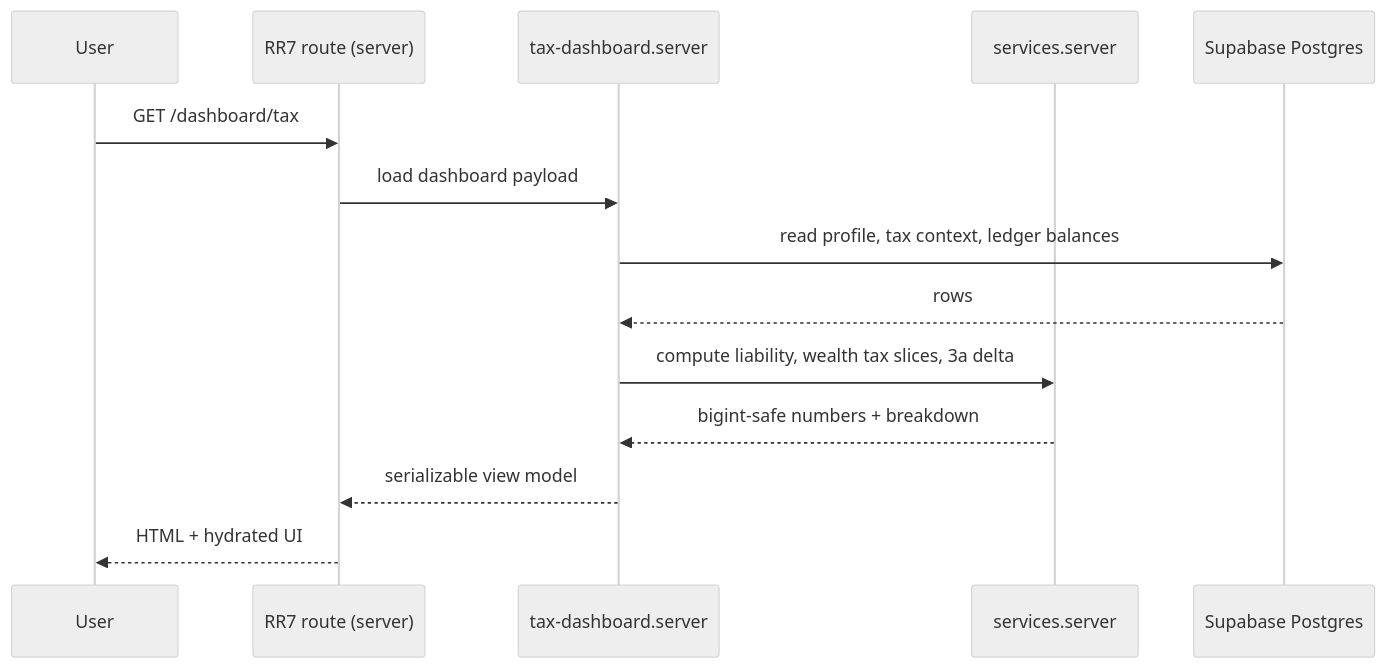
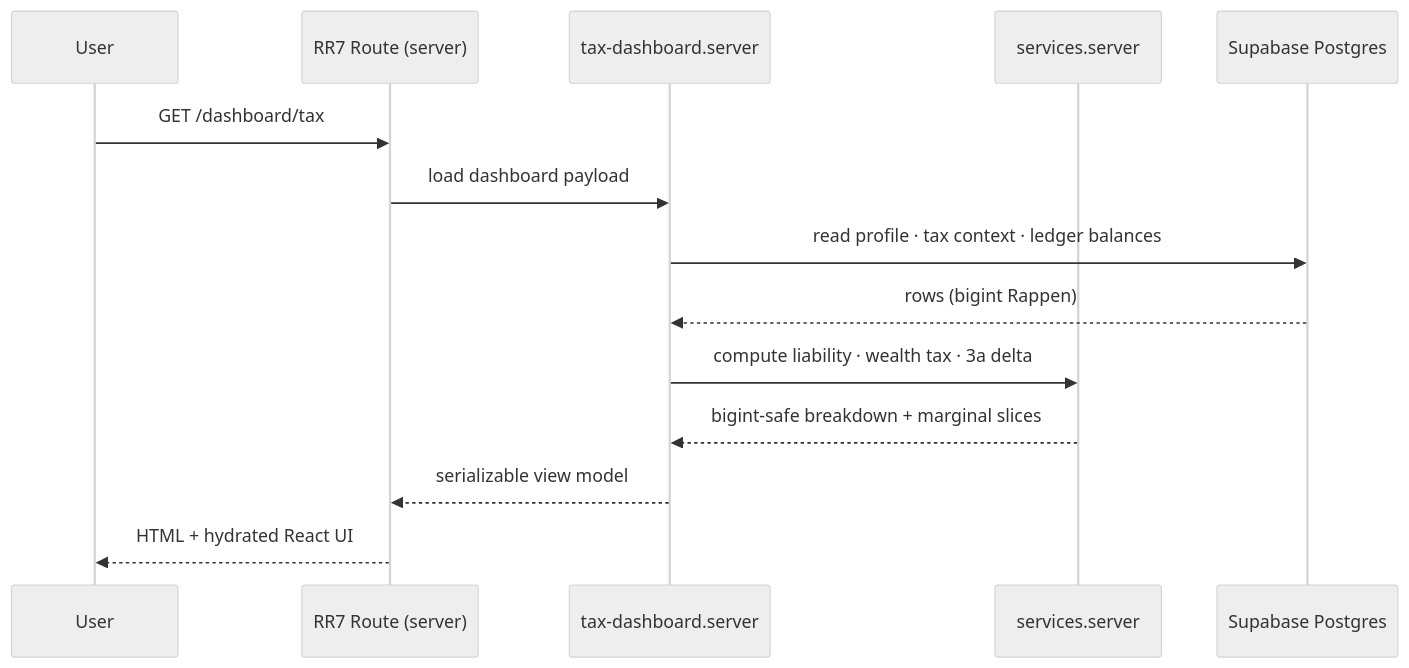
Before and after one commit to BitnooriLee/swiss_tax_guard: the second of 2 diagrams in README.md, drawn with Mermaid (neutral theme). The commit also changed other lines of this file and 1 other file, not shown here.

````diff
--- a/README.md
+++ b/README.md
@@ -93,17 +114,17 @@
 ```mermaid
 sequenceDiagram
   participant U as User
-  participant RR as RR7 route (server)
+  participant RR as RR7 Route (server)
   participant TD as tax-dashboard.server
   participant S as services.server
   participant DB as Supabase Postgres
 
   U->>RR: GET /dashboard/tax
   RR->>TD: load dashboard payload
-  TD->>DB: read profile, tax context, ledger balances
-  DB-->>TD: rows
-  TD->>S: compute liability, wealth tax slices, 3a delta
-  S-->>TD: bigint-safe numbers + breakdown
+  TD->>DB: read profile · tax context · ledger balances
+  DB-->>TD: rows (bigint Rappen)
+  TD->>S: compute liability · wealth tax · 3a delta
+  S-->>TD: bigint-safe breakdown + marginal slices
   TD-->>RR: serializable view model
-  RR-->>U: HTML + hydrated UI
+  RR-->>U: HTML + hydrated React UI
 ```
````
